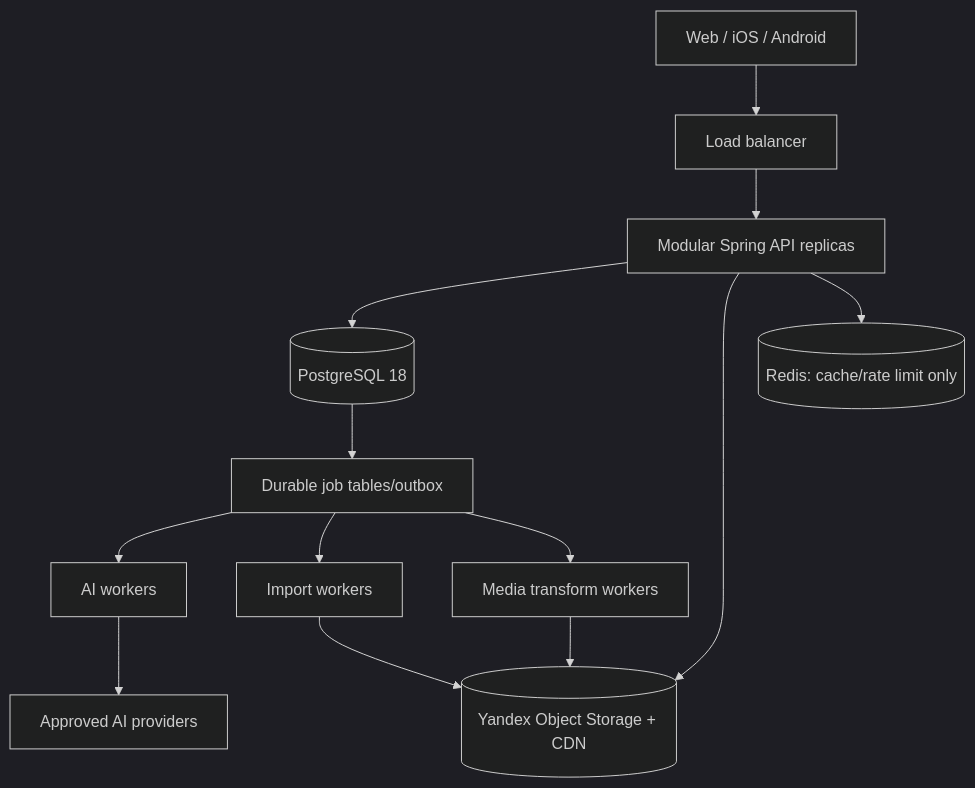
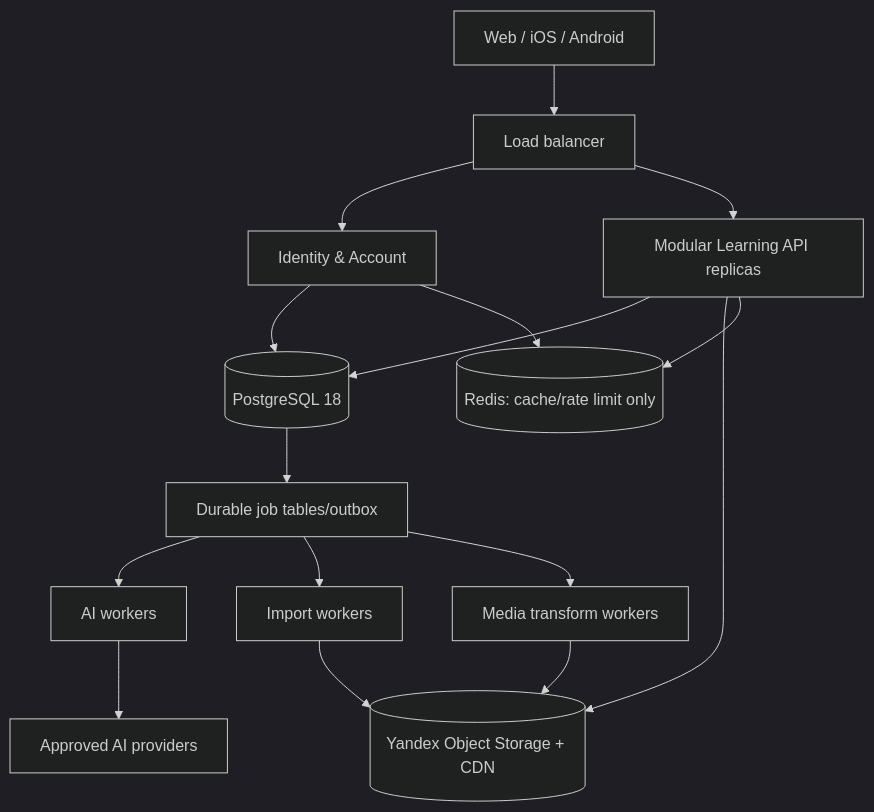
One commit to MattoYuzuru/Mnema changed the diagram in docs/operations/v2-reset-capacity-and-offline-plan.md. Above: the diagram before and after it, drawn with Mermaid (dark theme). The commit also changed other lines of this file and 18 other files, not shown here.

````diff
--- a/docs/operations/v2-reset-capacity-and-offline-plan.md
+++ b/docs/operations/v2-reset-capacity-and-offline-plan.md
@@ -82,15 +85,18 @@
 ```mermaid
 flowchart TB
     Clients[Web / iOS / Android] --> LB[Load balancer]
-    LB --> API[Modular Spring API replicas]
-    API --> PG[(PostgreSQL 18)]
+    LB --> Identity[Identity & Account]
+    LB --> API[Modular Learning API replicas]
+    Identity --> PG[(PostgreSQL 18)]
+    API --> PG
     API --> S3[(Yandex Object Storage + CDN)]
-    API --> R[(Redis: cache/rate limit only)]
+    Identity --> R[(Redis: cache/rate limit only)]
+    API --> R
     PG --> Jobs[Durable job tables/outbox]
     Jobs --> AI[AI workers]
     Jobs --> Import[Import workers]
     Jobs --> Media[Media transform workers]
     AI --> Providers[Approved AI providers]
     Import --> S3
     Media --> S3
 ```
````
